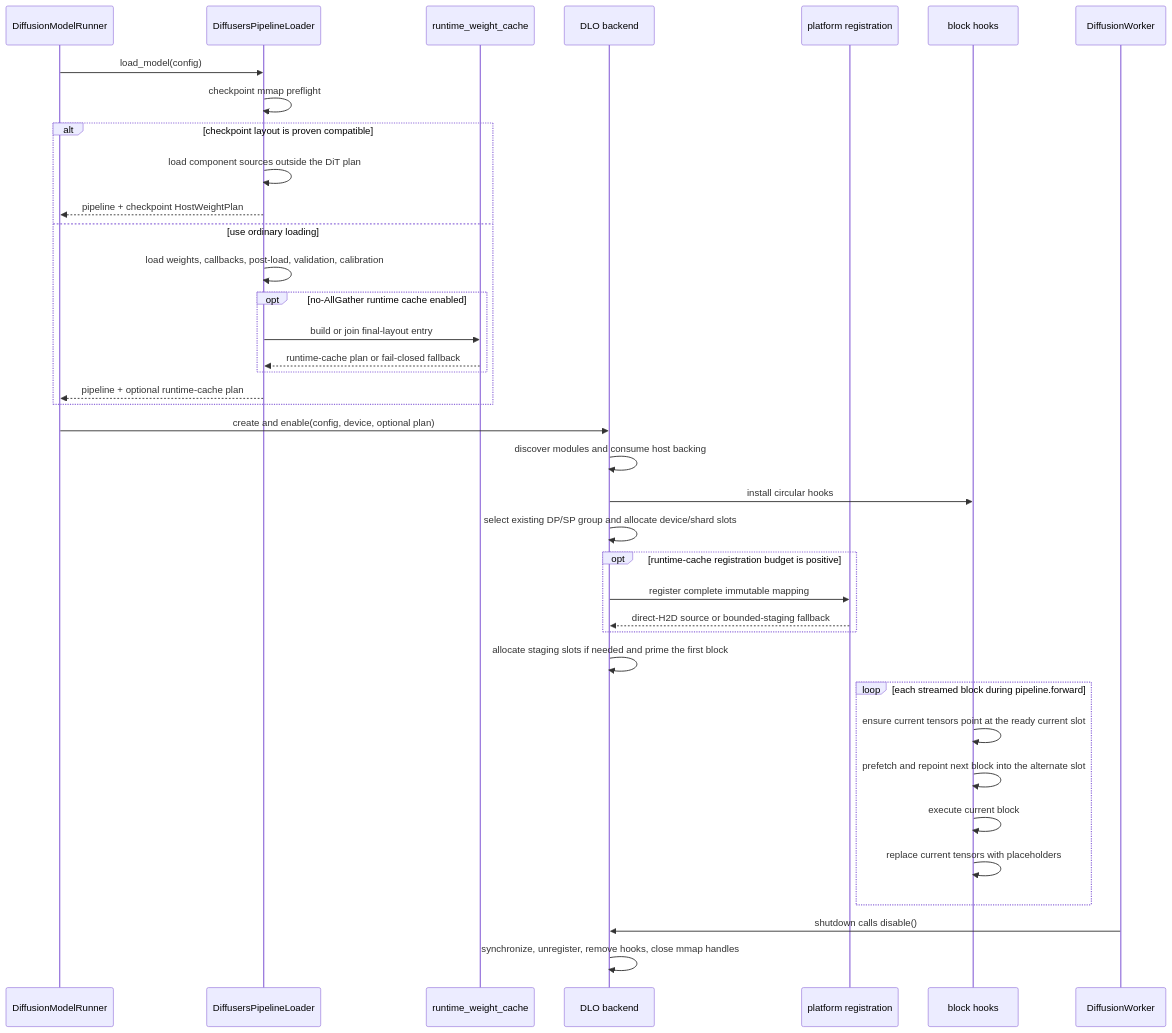
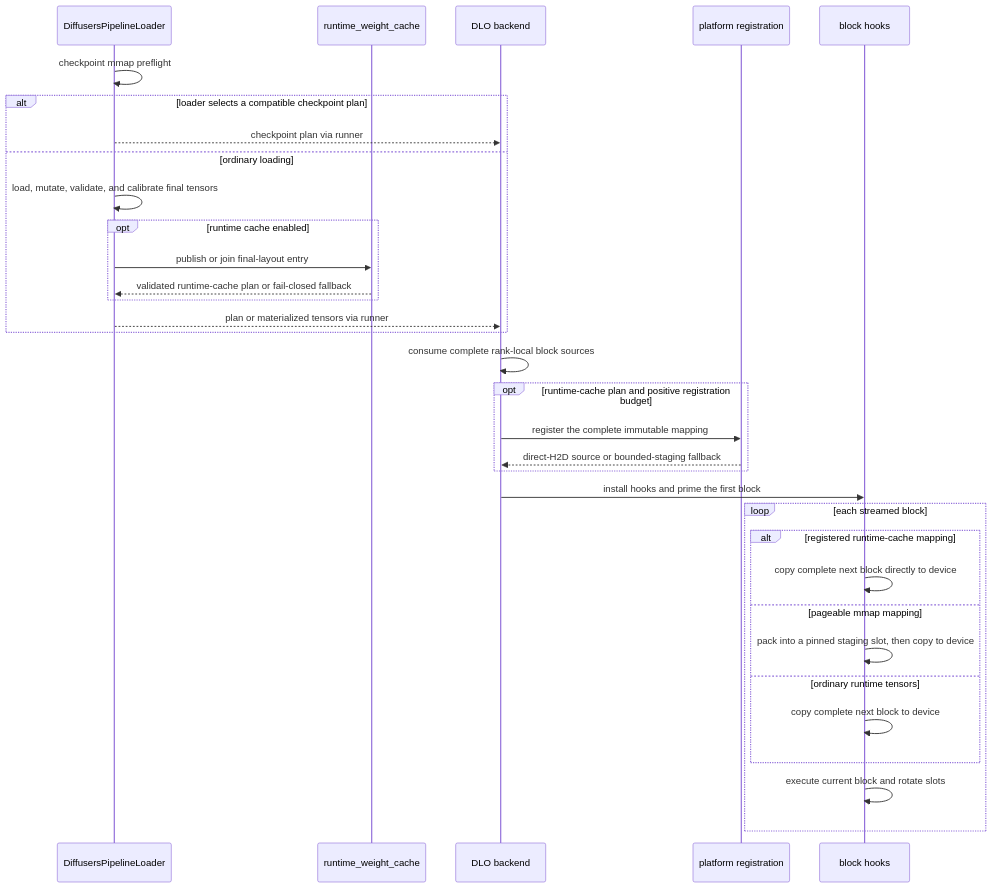
Before and after one commit to Asthenia0412/vllm-omni: the fourth of 4 diagrams in docs/design/feature/offloader/distributed_layerwise_offload.md, drawn with Mermaid. The commit also changed other lines of this file and 1 other file, not shown here.

````diff
--- a/docs/design/feature/offloader/distributed_layerwise_offload.md
+++ b/docs/design/feature/offloader/distributed_layerwise_offload.md
@@ -138,44 +206,36 @@
 ```mermaid
 sequenceDiagram
-    participant R as DiffusionModelRunner
     participant L as DiffusersPipelineLoader
     participant C as runtime_weight_cache
     participant B as DLO backend
     participant P as platform registration
     participant H as block hooks
-    participant W as DiffusionWorker
 
-    R->>L: load_model(config)
     L->>L: checkpoint mmap preflight
-    alt checkpoint layout is proven compatible
-        L->>L: load component sources outside the DiT plan
-        L-->>R: pipeline + checkpoint HostWeightPlan
-    else use ordinary loading
-        L->>L: load weights, callbacks, post-load, validation, calibration
-        opt no-AllGather runtime cache enabled
-            L->>C: build or join final-layout entry
-            C-->>L: runtime-cache plan or fail-closed fallback
+    alt loader selects a compatible checkpoint plan
+        L-->>B: checkpoint plan via runner
+    else ordinary loading
+        L->>L: load, mutate, validate, and calibrate final tensors
+        opt runtime cache enabled
+            L->>C: publish or join final-layout entry
+            C-->>L: validated runtime-cache plan or fail-closed fallback
         end
-        L-->>R: pipeline + optional runtime-cache plan
+        L-->>B: plan or materialized tensors via runner
     end
-
-    R->>B: create and enable(config, device, optional plan)
-    B->>B: discover modules and consume host backing
-    B->>H: install circular hooks
-    B->>B: select existing DP/SP group and allocate device/shard slots
-    opt runtime-cache registration budget is positive
-        B->>P: register complete immutable mapping
+    B->>B: consume complete rank-local block sources
+    opt runtime-cache plan and positive registration budget
+        B->>P: register the complete immutable mapping
         P-->>B: direct-H2D source or bounded-staging fallback
     end
-    B->>B: allocate staging slots if needed and prime the first block
-
-    loop each streamed block during pipeline.forward
-        H->>H: ensure current tensors point at the ready current slot
-        H->>H: prefetch and repoint next block into the alternate slot
-        H->>H: execute current block
-        H->>H: replace current tensors with placeholders
+    B->>H: install hooks and prime the first block
+    loop each streamed block
+        alt registered runtime-cache mapping
+            H->>H: copy complete next block directly to device
+        else pageable mmap mapping
+            H->>H: pack into a pinned staging slot, then copy to device
+        else ordinary runtime tensors
+            H->>H: copy complete next block to device
+        end
+        H->>H: execute current block and rotate slots
     end
-
-    W->>B: shutdown calls disable()
-    B->>B: synchronize, unregister, remove hooks, close mmap handles
 ```
````
